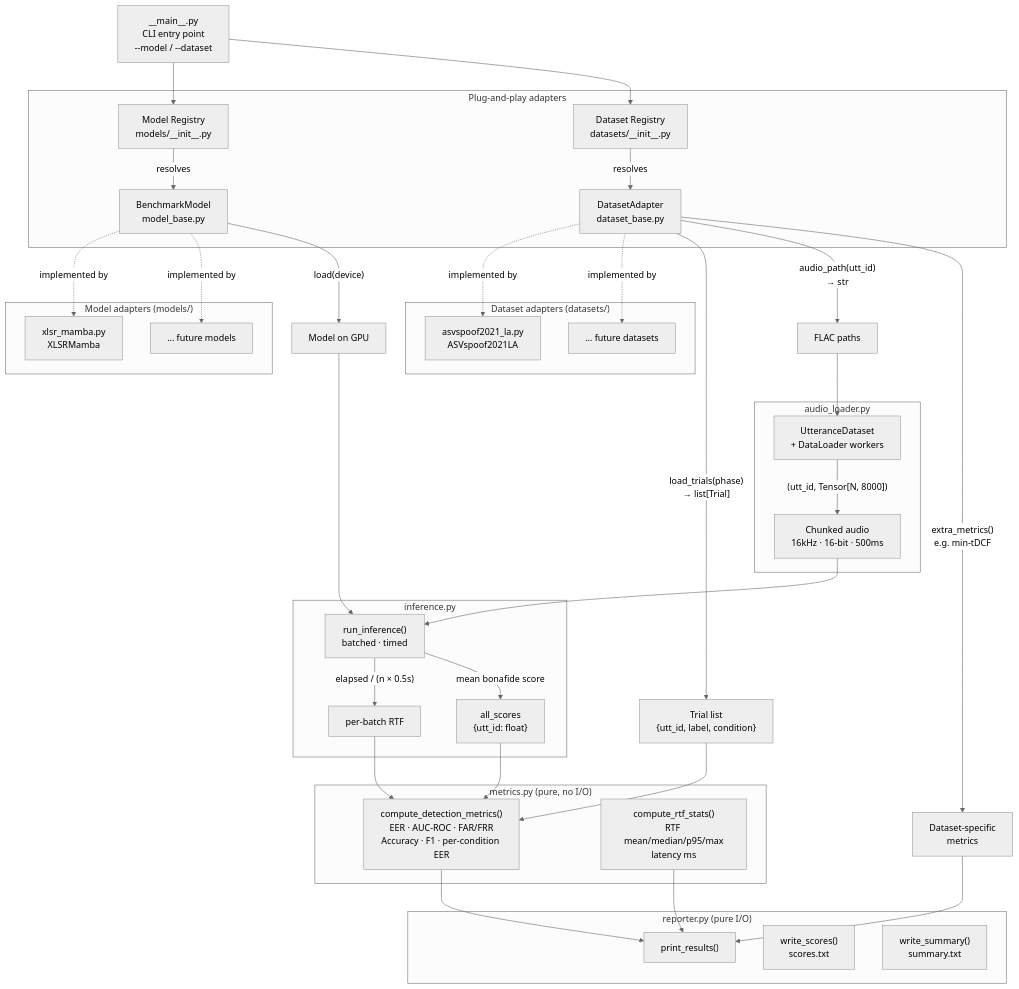
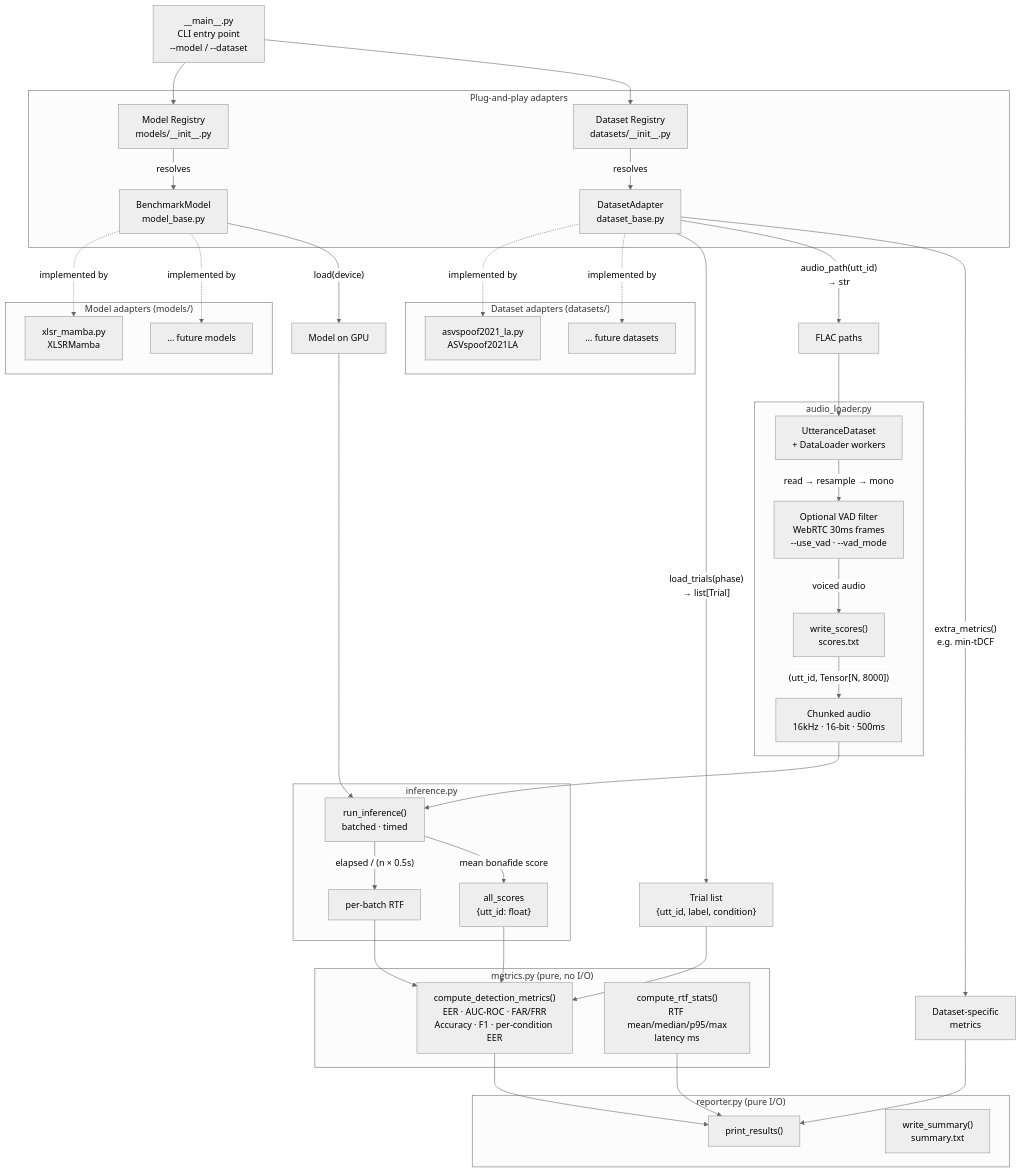
One commit to MeNMaHomies/filterpass changed the first of 2 diagrams in docs/architecture/benchmarking_pipeline.md. Above: the diagram before and after it, drawn with Mermaid (neutral theme). The commit also changed other lines of this file and 15 other files, not shown here.

````diff
--- a/docs/architecture/benchmarking_pipeline.md
+++ b/docs/architecture/benchmarking_pipeline.md
@@ -74,74 +84,78 @@
 ```mermaid
 flowchart TD
     CLI["__main__.py\nCLI entry point\n--model / --dataset"]
 
     subgraph Adapters["Plug-and-play adapters"]
         MR["Model Registry\nmodels/__init__.py"]
         DR["Dataset Registry\ndatasets/__init__.py"]
         MA["BenchmarkModel\nmodel_base.py"]
         DA["DatasetAdapter\ndataset_base.py"]
         MR -->|resolves| MA
         DR -->|resolves| DA
     end
 
     subgraph ModelAdapters["Model adapters  (models/)"]
         M1["xlsr_mamba.py\nXLSRMamba"]
         M2["… future models"]
     end
 
     subgraph DatasetAdapters["Dataset adapters  (datasets/)"]
         D1["asvspoof2021_la.py\nASVspoof2021LA"]
         D2["… future datasets"]
     end
 
     MA -.->|implemented by| M1
     MA -.->|implemented by| M2
     DA -.->|implemented by| D1
     DA -.->|implemented by| D2
 
     CLI --> MR
     CLI --> DR
 
     DA -->|"load_trials(phase)\n→ list[Trial]"| Trials["Trial list\n{utt_id, label, condition}"]
     DA -->|"audio_path(utt_id)\n→ str"| Paths["FLAC paths"]
 
     Paths --> AL
 
     subgraph Loading["audio_loader.py"]
         AL["UtteranceDataset\n+ DataLoader workers"]
-        AL -->|"(utt_id, Tensor[N, 8000])"| Chunks
+        AL -->|"read → resample → mono"| VAD
+        VAD["Optional VAD filter\nWebRTC 30ms frames\n--use_vad · --vad_mode"]
+        VAD -->|"voiced audio"| SW
+        SW["Sliding-window chunking\n--overlap 0-99%%\n0%% default · no overlap"]
+        SW -->|"(utt_id, Tensor[N, 8000])"| Chunks
         Chunks["Chunked audio\n16kHz · 16-bit · 500ms"]
     end
 
     MA -->|"load(device)"| GPU["Model on GPU"]
 
     Chunks --> INF
     GPU --> INF
 
     subgraph InferenceLoop["inference.py"]
         INF["run_inference()\nbatched · timed"]
         INF -->|"elapsed / (n × 0.5s)"| RTF["per-batch RTF"]
         INF -->|"mean bonafide score"| Scores["all_scores\n{utt_id: float}"]
     end
 
     Scores --> MET
     Trials --> MET
     RTF --> MET
 
     subgraph MetricsLayer["metrics.py  (pure, no I/O)"]
         MET["compute_detection_metrics()\nEER · AUC-ROC · FAR/FRR\nAccuracy · F1 · per-condition EER"]
         RTF_S["compute_rtf_stats()\nRTF mean/median/p95/max\nlatency ms"]
     end
 
     DA -->|"extra_metrics()\ne.g. min-tDCF"| EXTRA["Dataset-specific\nmetrics"]
 
     MET --> REP
     RTF_S --> REP
     EXTRA --> REP
 
     subgraph Reporting["reporter.py  (pure I/O)"]
         REP["print_results()"]
         SW["write_scores()\nscores.txt"]
         SUM["write_summary()\nsummary.txt"]
     end
 ```
````
